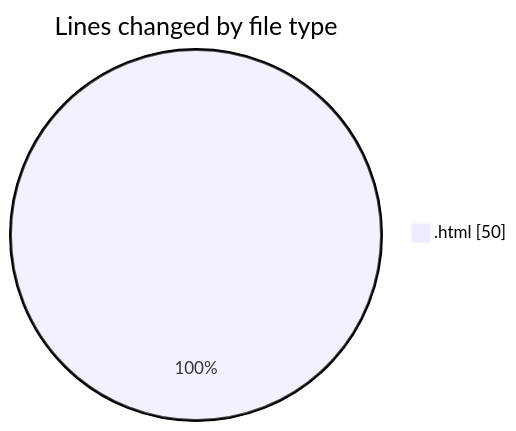
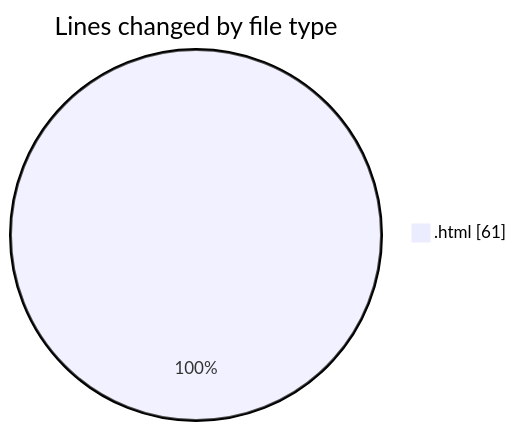
One commit to ecomensa/code-tracking changed the first of 2 diagrams in 2025-03-21/opload_for_tags_01/README.md. Above: the diagram before and after it, drawn with Mermaid. The commit also changed other lines of this file and 1 other file, not shown here.

````diff
--- a/2025-03-21/opload_for_tags_01/README.md
+++ b/2025-03-21/opload_for_tags_01/README.md
@@ -20,5 +20,5 @@
 ```mermaid
 pie showData
 title Lines changed by file type
-".html" : 50
+".html" : 61
 ```
````
